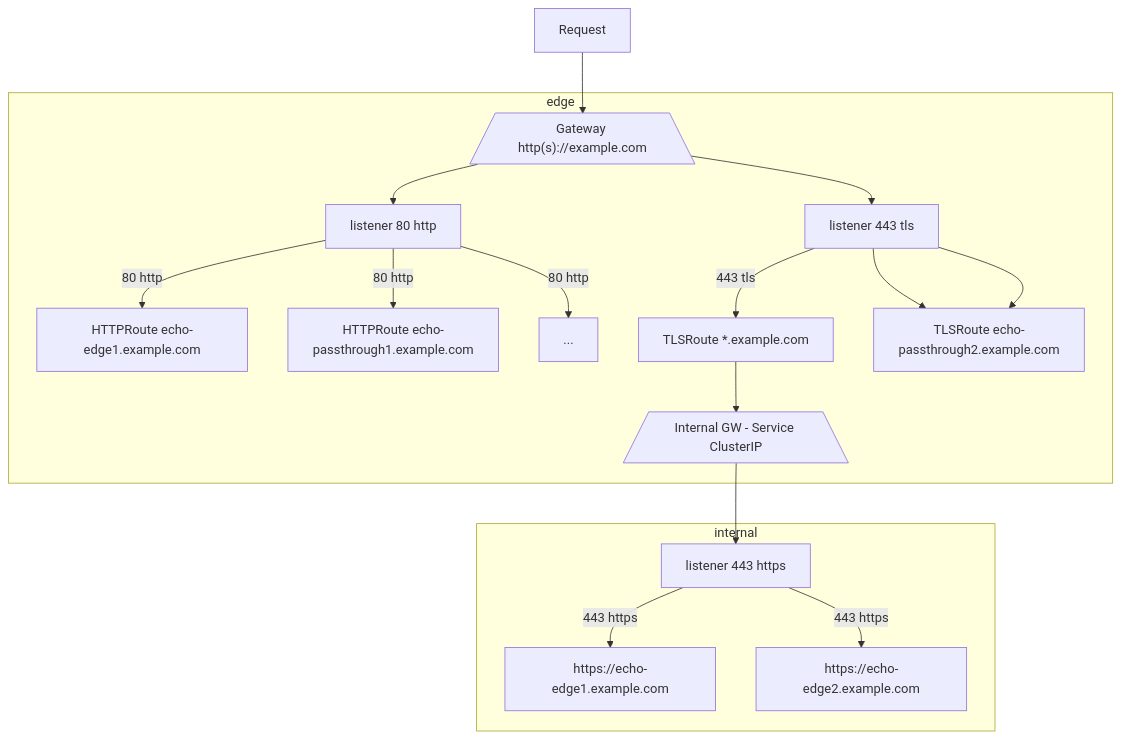
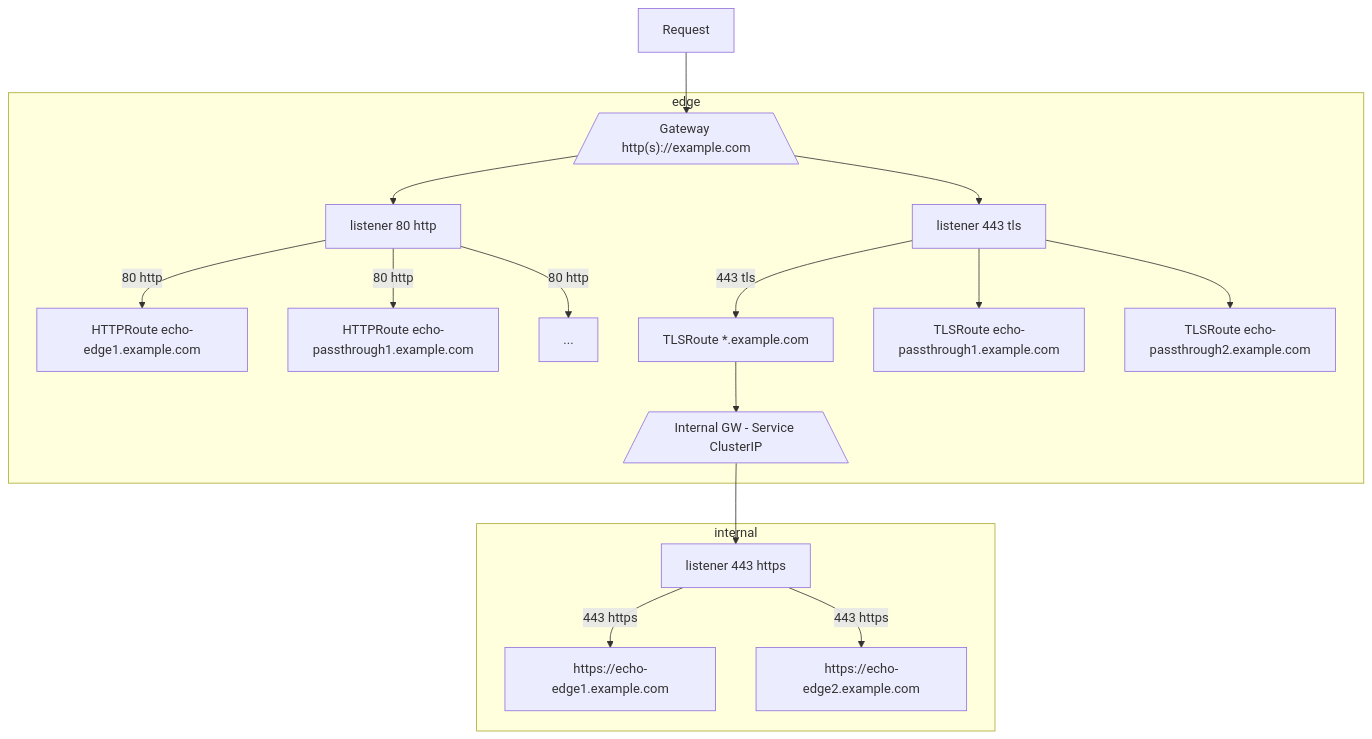
Before and after one commit to gernoteger/contour-apigateway: the diagram in README.md, drawn with Mermaid.

````diff
--- a/README.md
+++ b/README.md
@@ -37,20 +37,20 @@
 ```mermaid
 graph TD
     R[Request]-->GWEdge[/"Gateway http(s)://example.com"\];
     subgraph edge
         GWEdge-->LE1[listener 80 http];
         GWEdge-->LE2[listener 443 tls];
         LE1-->|80 http|HTTPRoute1[HTTPRoute echo-edge1.example.com];
         LE1-->|80 http|HTTPRoute2[HTTPRoute echo-passthrough1.example.com];
         LE1-->|80 http|HTTPRoute3[...];
         LE2-->|443 tls|TLSRouteEdge["TLSRoute *.example.com"];
         LE2-->TLSRoute1["TLSRoute echo-passthrough1.example.com"];
-        LE2-->TLSRoute1["TLSRoute echo-passthrough2.example.com"];
+        LE2-->TLSRoute2["TLSRoute echo-passthrough2.example.com"];
         TLSRouteEdge-->GWInternal[/"Internal GW - Service ClusterIP"\];
     end
     subgraph internal
         GWInternal-->LI1[listener 443 https];
         LI1-->|443 https|HTTPRouteHttps1["https://echo-edge1.example.com"];
         LI1-->|443 https|HTTPRouteHttps2["https://echo-edge2.example.com"];
     end
 ```
````
